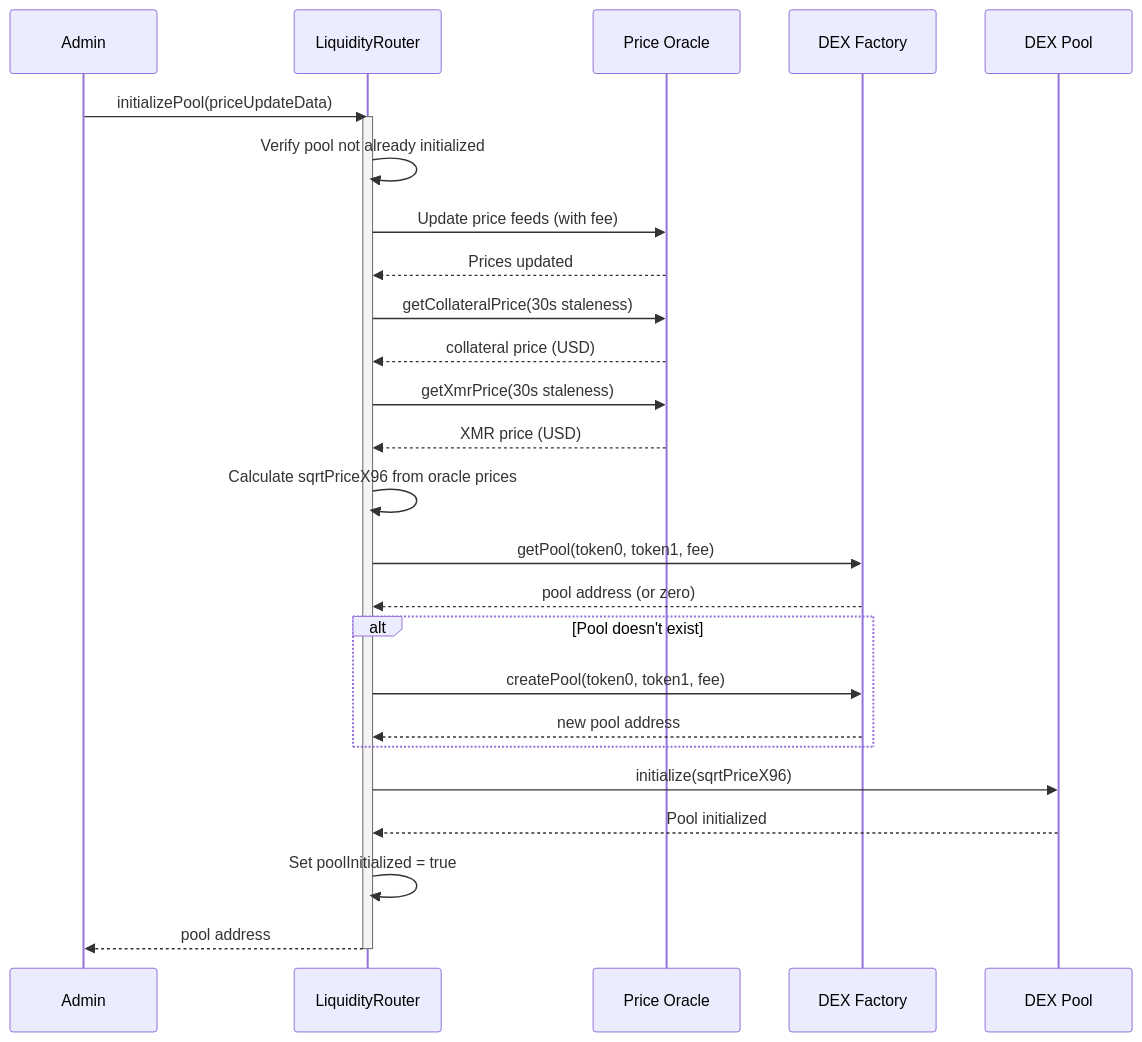
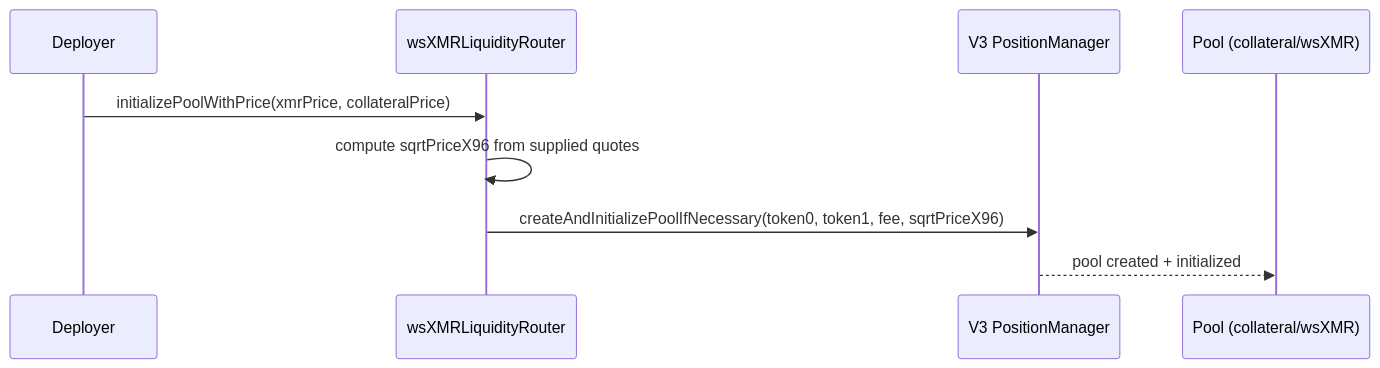
One commit to madschristensen99/wrapsynth changed the first of 7 diagrams in docs/sequenceDiagrams.md. Above: the diagram before and after it, drawn with Mermaid. The commit also changed other lines of this file and 178 other files, not shown here.

````diff
--- a/docs/sequenceDiagrams.md
+++ b/docs/sequenceDiagrams.md
@@ -26,39 +25,12 @@
 ```mermaid
 sequenceDiagram
-    participant Admin
-    participant Router as LiquidityRouter
-    participant Oracle as Price Oracle
-    participant Factory as DEX Factory
-    participant Pool as DEX Pool
+    participant D as Deployer
+    participant R as wsXMRLiquidityRouter
+    participant PM as V3 PositionManager
+    participant P as Pool (collateral/wsXMR)
 
-    Admin->>Router: initializePool(priceUpdateData)
-    activate Router
-    
-    Router->>Router: Verify pool not already initialized
-    Router->>Oracle: Update price feeds (with fee)
-    Oracle-->>Router: Prices updated
-    
-    Router->>Oracle: getCollateralPrice(30s staleness)
-    Oracle-->>Router: collateral price (USD)
-    
-    Router->>Oracle: getXmrPrice(30s staleness)
-    Oracle-->>Router: XMR price (USD)
-    
-    Router->>Router: Calculate sqrtPriceX96 from oracle prices
-    
-    Router->>Factory: getPool(token0, token1, fee)
-    Factory-->>Router: pool address (or zero)
-    
-    alt Pool doesn't exist
-        Router->>Factory: createPool(token0, token1, fee)
-        Factory-->>Router: new pool address
-    end
-    
-    Router->>Pool: initialize(sqrtPriceX96)
-    Pool-->>Router: Pool initialized
-    
-    Router->>Router: Set poolInitialized = true
-    Router-->>Admin: pool address
-    
-    deactivate Router
+    D->>R: initializePoolWithPrice(xmrPrice, collateralPrice)
+    R->>R: compute sqrtPriceX96 from supplied quotes
+    R->>PM: createAndInitializePoolIfNecessary(token0, token1, fee, sqrtPriceX96)
+    PM-->>P: pool created + initialized
 ```
````
